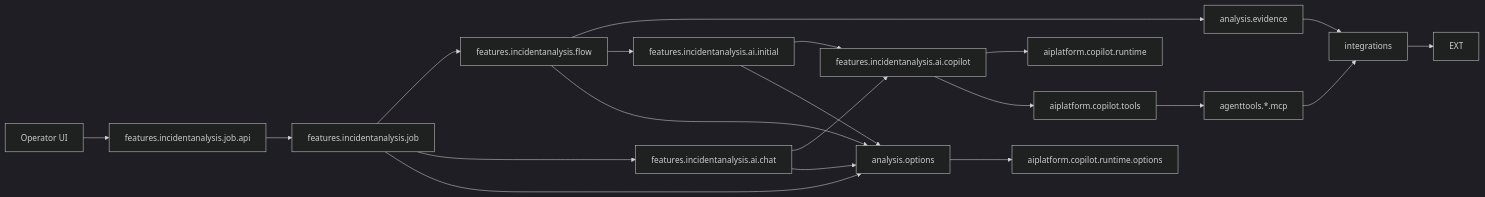
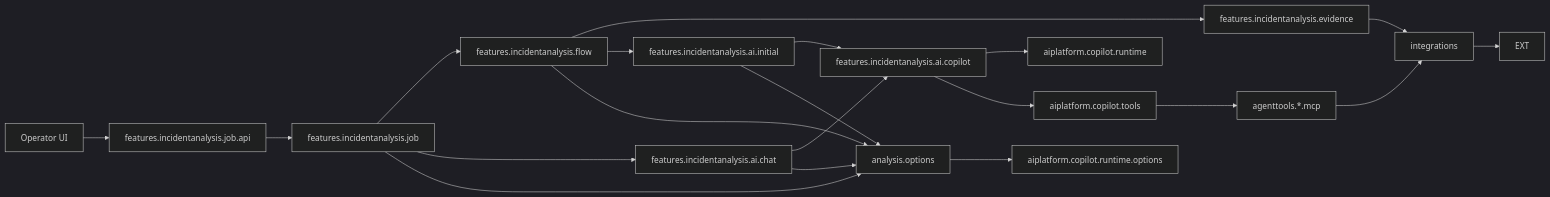
Before and after one commit to herald-assistant/incident-tracker: the first of 2 diagrams in docs/architecture/05-package-dependencies.md, drawn with Mermaid (dark theme). The commit also changed other lines of this file and 95 other files, not shown here.

````diff
--- a/docs/architecture/05-package-dependencies.md
+++ b/docs/architecture/05-package-dependencies.md
@@ -92,26 +92,26 @@
 ```mermaid
 flowchart LR
     OP["Operator UI"] --> JOBAPI["features.incidentanalysis.job.api"]
     JOBAPI --> JOB["features.incidentanalysis.job"]
     JOB --> FLOW["features.incidentanalysis.flow"]
 
-    FLOW --> EVIDENCE["analysis.evidence"]
+    FLOW --> EVIDENCE["features.incidentanalysis.evidence"]
     EVIDENCE --> INTEGRATIONS["integrations"]
     INTEGRATIONS --> EXT
 
     FLOW --> INITIAL["features.incidentanalysis.ai.initial"]
     INITIAL --> INCIDENTCOPILOT["features.incidentanalysis.ai.copilot"]
     INCIDENTCOPILOT --> AIPLATFORM["aiplatform.copilot.runtime"]
     INCIDENTCOPILOT --> TOOLS["aiplatform.copilot.tools"]
     TOOLS --> MCP["agenttools.*.mcp"]
     MCP --> INTEGRATIONS
 
     JOB --> CHAT
     CHAT["features.incidentanalysis.ai.chat"] --> INCIDENTCOPILOT
 
     JOB --> OPTIONS["analysis.options"]
     FLOW --> OPTIONS
     INITIAL --> OPTIONS
     CHAT --> OPTIONS
     OPTIONS --> PLATFORMOPTIONS["aiplatform.copilot.runtime.options"]
 ```
````
